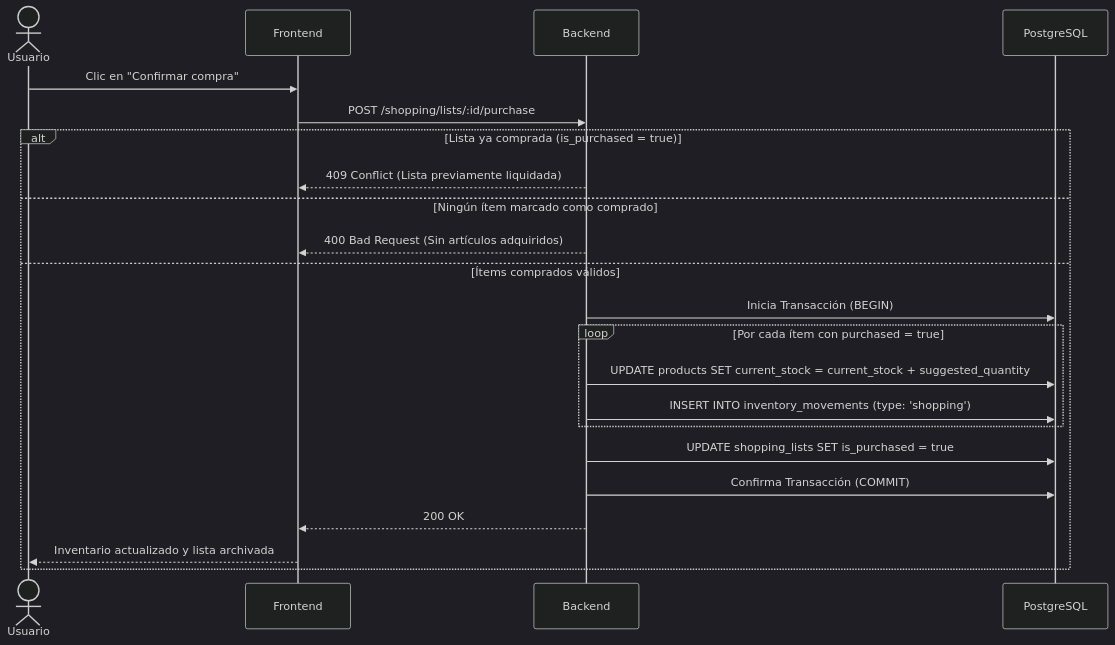
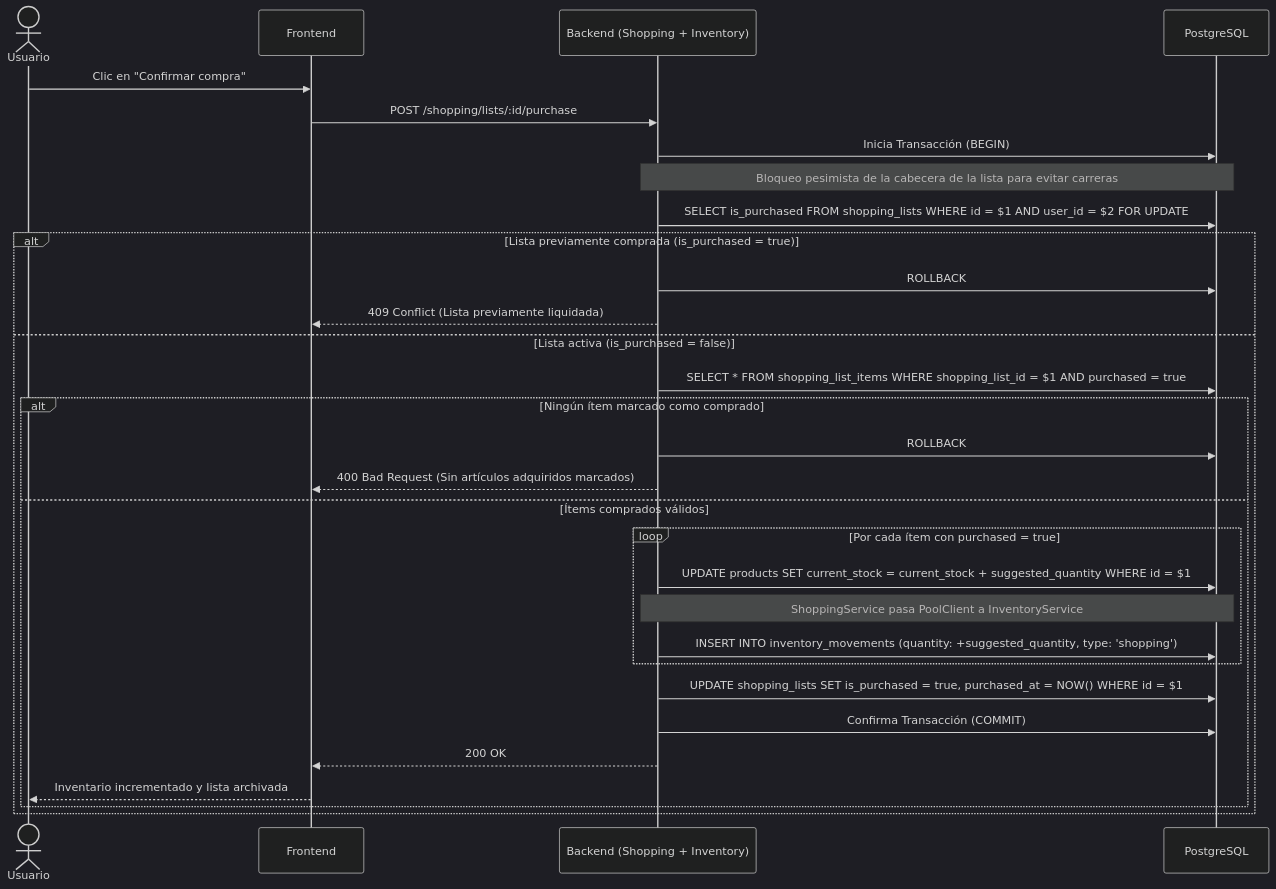
The sixth of 7 diagrams in docs/modulos.md (AlejandroPedrosa/Nido-SmartHome), drawn with Mermaid (dark theme) before and after one commit. The commit also changed other lines of this file and 4 other files, not shown here.

````diff
--- a/docs/modulos.md
+++ b/docs/modulos.md
@@ -562,26 +591,35 @@
 ```mermaid
 sequenceDiagram
     actor U as Usuario
     participant F as Frontend
-    participant B as Backend
+    participant B as Backend (Shopping + Inventory)
     participant DB as PostgreSQL
 
     U->>F: Clic en "Confirmar compra"
     F->>B: POST /shopping/lists/:id/purchase
     
-    alt Lista ya comprada (is_purchased = true)
+    B->>DB: Inicia Transacción (BEGIN)
+    Note over B,DB: Bloqueo pesimista de la cabecera de la lista para evitar carreras
+    B->>DB: SELECT is_purchased FROM shopping_lists WHERE id = $1 AND user_id = $2 FOR UPDATE
+    
+    alt Lista previamente comprada (is_purchased = true)
+        B->>DB: ROLLBACK
         B-->>F: 409 Conflict (Lista previamente liquidada)
-    else Ningún ítem marcado como comprado
-        B-->>F: 400 Bad Request (Sin artículos adquiridos)
-    else Ítems comprados válidos
-        B->>DB: Inicia Transacción (BEGIN)
-        loop Por cada ítem con purchased = true
-            B->>DB: UPDATE products SET current_stock = current_stock + suggested_quantity
-            B->>DB: INSERT INTO inventory_movements (type: 'shopping')
+    else Lista activa (is_purchased = false)
+        B->>DB: SELECT * FROM shopping_list_items WHERE shopping_list_id = $1 AND purchased = true
+        alt Ningún ítem marcado como comprado
+            B->>DB: ROLLBACK
+            B-->>F: 400 Bad Request (Sin artículos adquiridos marcados)
+        else Ítems comprados válidos
+            loop Por cada ítem con purchased = true
+                B->>DB: UPDATE products SET current_stock = current_stock + suggested_quantity WHERE id = $1
+                Note over B,DB: ShoppingService pasa PoolClient a InventoryService
+                B->>DB: INSERT INTO inventory_movements (quantity: +suggested_quantity, type: 'shopping')
+            end
+            B->>DB: UPDATE shopping_lists SET is_purchased = true, purchased_at = NOW() WHERE id = $1
+            B->>DB: Confirma Transacción (COMMIT)
+            B-->>F: 200 OK
+            F-->>U: Inventario incrementado y lista archivada
         end
-        B->>DB: UPDATE shopping_lists SET is_purchased = true
-        B->>DB: Confirma Transacción (COMMIT)
-        B-->>F: 200 OK
-        F-->>U: Inventario actualizado y lista archivada
     end
 ```
````
